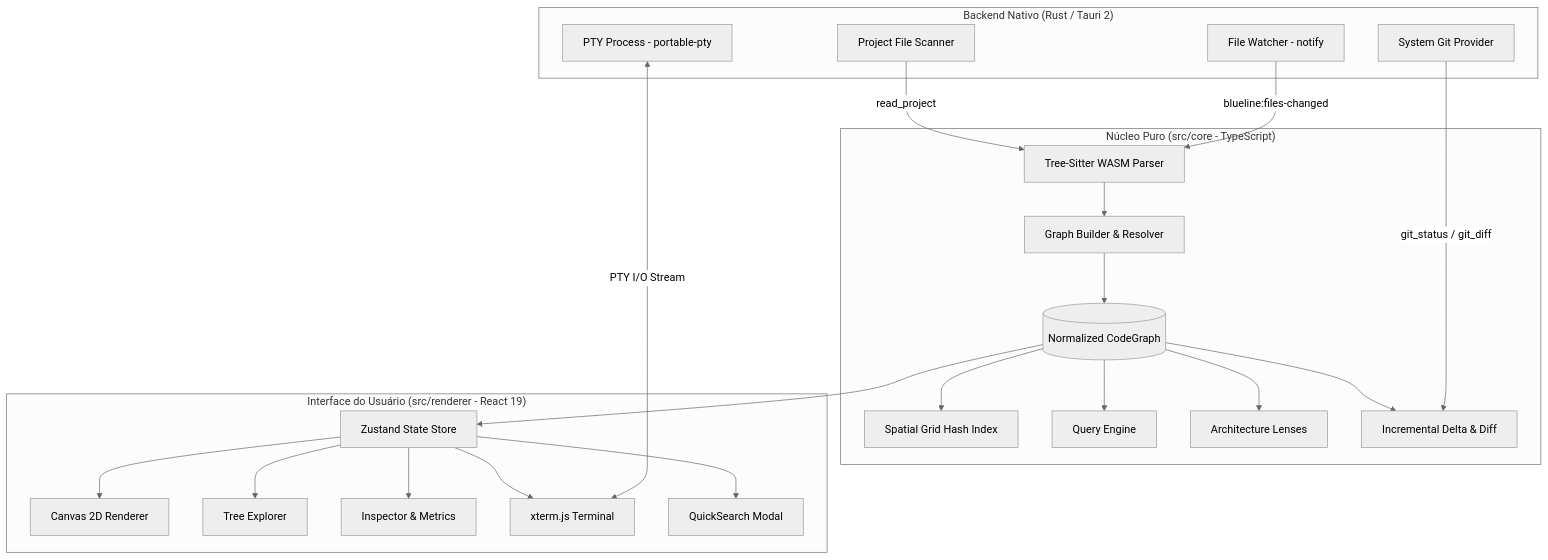
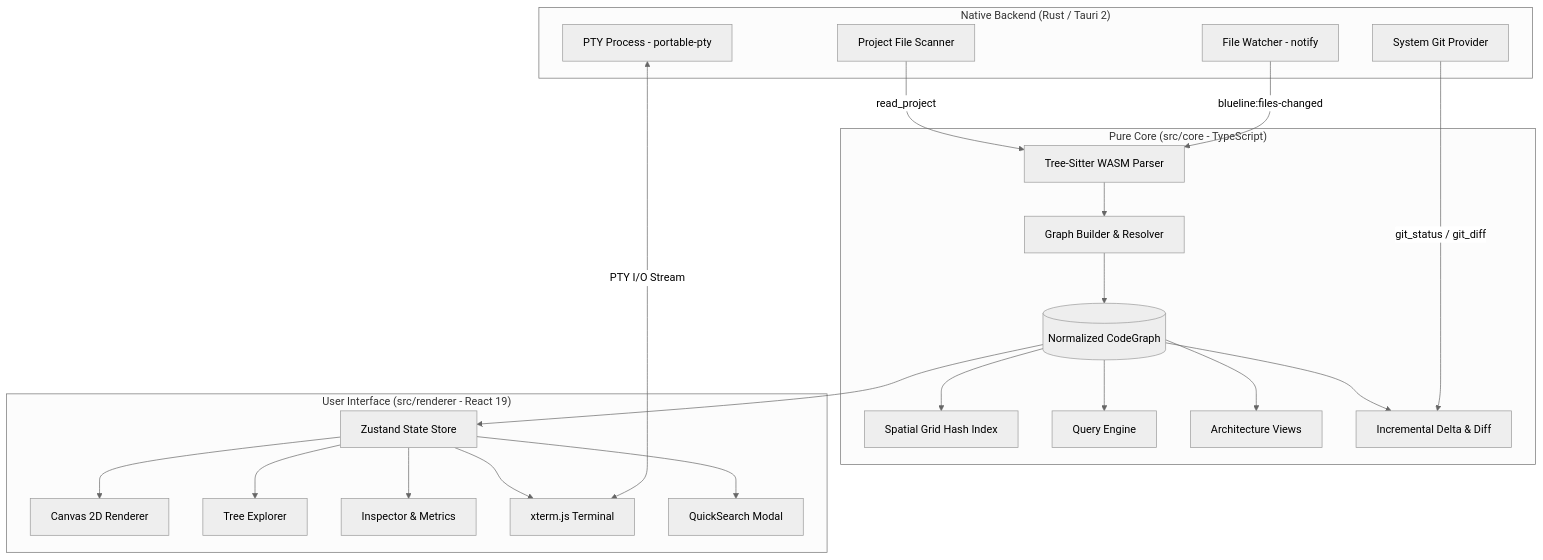
One commit to diegojimenes/blueline changed the diagram in README.md. Above: the diagram before and after it, drawn with Mermaid (neutral theme). The commit also changed other lines of this file and 13 other files, not shown here.

````diff
--- a/README.md
+++ b/README.md
@@ -127,46 +147,46 @@
 ```mermaid
 graph TD
-    subgraph RustBackend["Backend Nativo (Rust / Tauri 2)"]
+    subgraph RustBackend["Native Backend (Rust / Tauri 2)"]
         PTY[PTY Process - portable-pty]
         Watcher[File Watcher - notify]
         Git[System Git Provider]
         FS[Project File Scanner]
     end
 
-    subgraph CoreDomain["Núcleo Puro (src/core - TypeScript)"]
+    subgraph CoreDomain["Pure Core (src/core - TypeScript)"]
         TreeSitter[Tree-Sitter WASM Parser]
         BuildGraph[Graph Builder & Resolver]
         CodeGraph[(Normalized CodeGraph)]
         SpatialIndex[Spatial Grid Hash Index]
         QueryEngine[Query Engine]
-        Lenses[Architecture Lenses]
+        Lenses[Architecture Views]
         Delta[Incremental Delta & Diff]
     end
 
-    subgraph FrontendUI["Interface do Usuário (src/renderer - React 19)"]
+    subgraph FrontendUI["User Interface (src/renderer - React 19)"]
         Store[Zustand State Store]
         Canvas[Canvas 2D Renderer]
         Explorer[Tree Explorer]
         Inspector[Inspector & Metrics]
         Terminal[xterm.js Terminal]
         QuickSearch[QuickSearch Modal]
     end
 
     Watcher -->|blueline:files-changed| TreeSitter
     FS -->|read_project| TreeSitter
     Git -->|git_status / git_diff| Delta
     PTY <-->|PTY I/O Stream| Terminal
 
     TreeSitter --> BuildGraph --> CodeGraph
     CodeGraph --> SpatialIndex
     CodeGraph --> QueryEngine
     CodeGraph --> Lenses
     CodeGraph --> Delta
 
     CodeGraph --> Store
     Store --> Canvas
     Store --> Explorer
     Store --> Inspector
     Store --> Terminal
     Store --> QuickSearch
 ```
````
